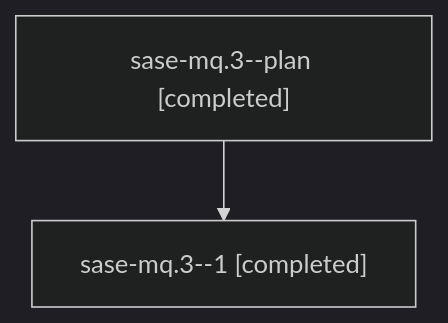
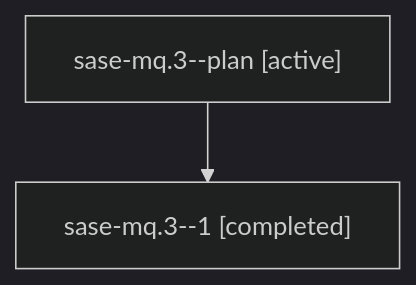
The diagram in families/bbugyi200.athena.sase-mq.3.md (sase-org/sase--agents), drawn with Mermaid (dark theme) before and after one commit. The commit also changed other lines of this file and 35830 other files, not shown here.

````diff
--- a/families/bbugyi200.athena.sase-mq.3.md
+++ b/families/bbugyi200.athena.sase-mq.3.md
@@ -9,6 +9,6 @@
 ```mermaid
 flowchart TD
-  n0["sase-mq.3--plan [completed]"]
+  n0["sase-mq.3--plan [active]"]
   n1["sase-mq.3--1 [completed]"]
   n0 --> n1
 ```
````
